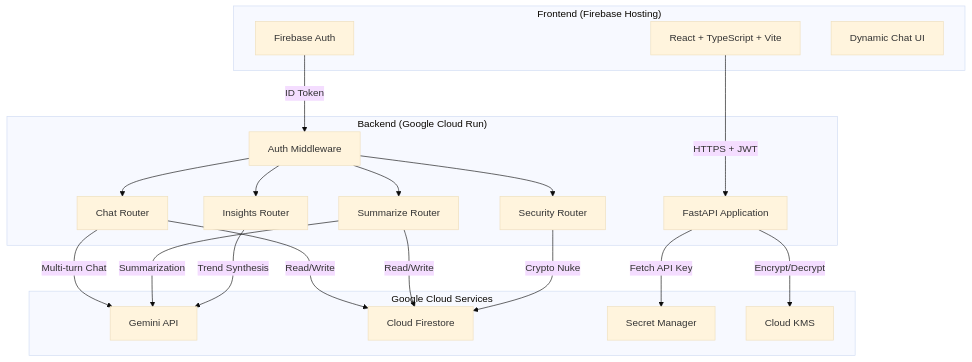
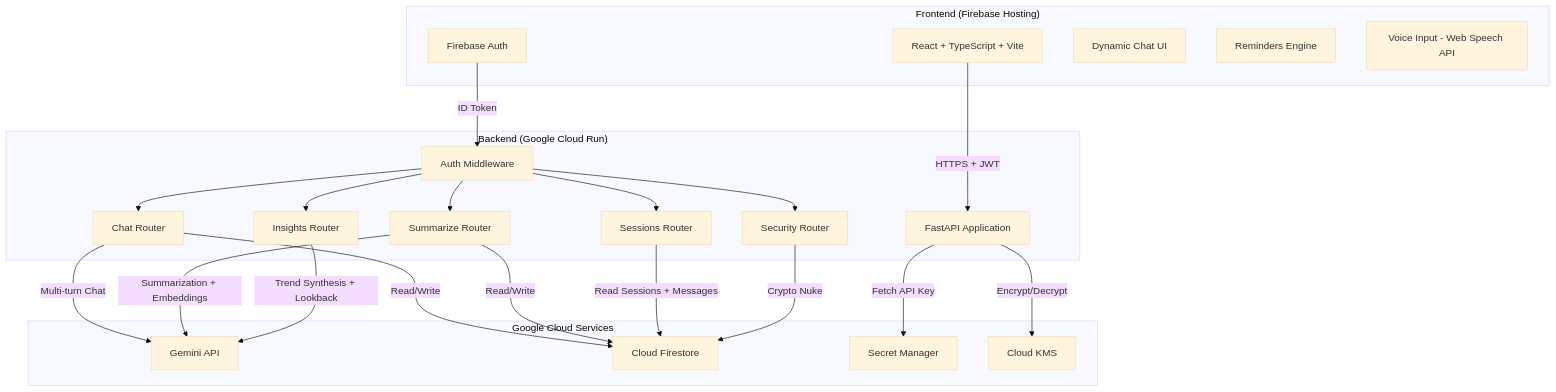
One commit to darshannayak21/googleideathon changed the first of 2 diagrams in README.md. Above: the diagram before and after it, drawn with Mermaid (base theme). The commit also changed other lines of this file and 11 other files, not shown here.

Commit message:
feat: per-chat summaries with radar charts, favorites, search/tag/date filtering, native reminders with time parsing, voice input, clean AI responses, updated README with full feature docs

````diff
--- a/README.md
+++ b/README.md
@@ -19,39 +19,44 @@
 ```mermaid
 graph TB
     subgraph Client ["Frontend (Firebase Hosting)"]
         A[React + TypeScript + Vite]
         B[Firebase Auth]
         C[Dynamic Chat UI]
+        D1[Reminders Engine]
+        D2[Voice Input - Web Speech API]
     end
 
     subgraph CloudRun ["Backend (Google Cloud Run)"]
         D[FastAPI Application]
         E[Auth Middleware]
         F[Chat Router]
         G[Summarize Router]
         H[Insights Router]
         I[Security Router]
+        S[Sessions Router]
     end
 
     subgraph GoogleCloud ["Google Cloud Services"]
         J[Gemini API]
         K[Cloud Firestore]
         L[Secret Manager]
         M[Cloud KMS]
     end
 
     A -->|HTTPS + JWT| D
     B -->|ID Token| E
     E --> F
     E --> G
     E --> H
     E --> I
+    E --> S
     F -->|Multi-turn Chat| J
-    G -->|Summarization| J
-    H -->|Trend Synthesis| J
+    G -->|Summarization + Embeddings| J
+    H -->|Trend Synthesis + Lookback| J
     F -->|Read/Write| K
     G -->|Read/Write| K
+    S -->|Read Sessions + Messages| K
     I -->|Crypto Nuke| K
     D -->|Fetch API Key| L
     D -->|Encrypt/Decrypt| M
 ```
````
